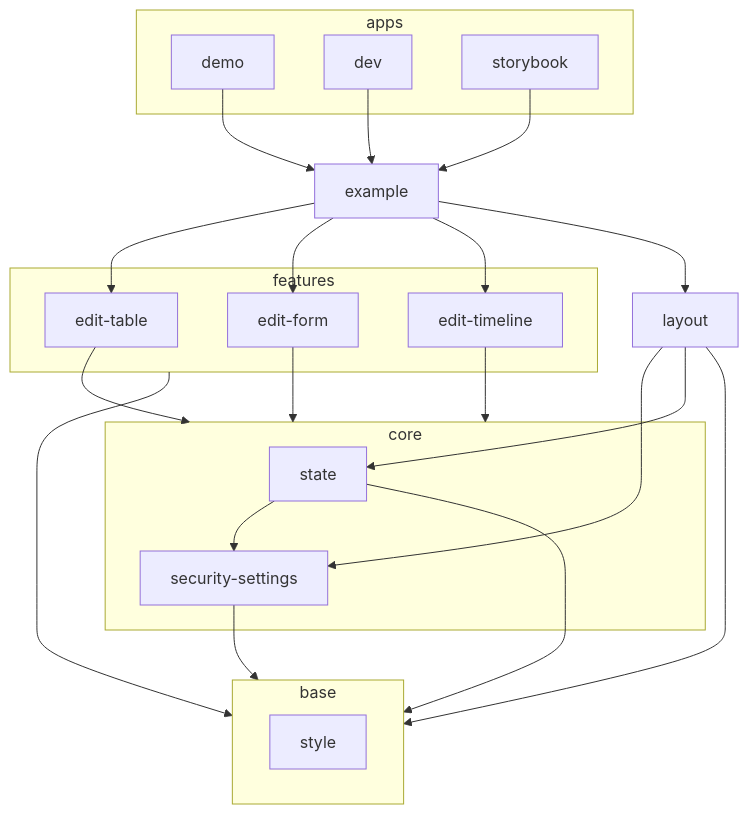
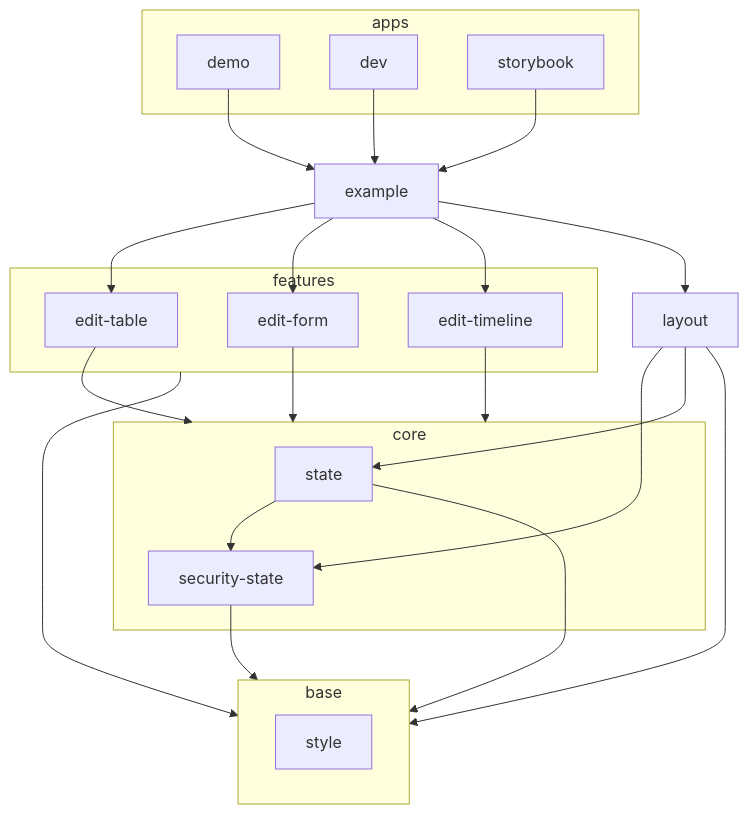
Before and after one commit to FormsWizard/processing: the diagram in README.md, drawn with Mermaid. The commit also changed other lines of this file and 37 other files, not shown here.

````diff
--- a/README.md
+++ b/README.md
@@ -16,44 +16,44 @@
 ```mermaid
 flowchart TB
   subgraph apps
   demo
   dev
   storybook
   end
   
   subgraph features
   edit-table
   edit-form
   edit-timeline
   end
   
   subgraph core
-  state --> security-settings
+  state --> security-state
   end
 
   subgraph base
   style_[style]
   end
 
   edit-table --> core
   edit-form --> core
   edit-timeline --> core
   features --> base
 
   demo --> example
   dev --> example
   storybook --> example
 
   example --> edit-table
   example --> edit-form
   example --> edit-timeline
   
   example --> layout
 
-  security-settings --> base
+  security-state --> base
   state --> base
   
-  layout --> security-settings
+  layout --> security-state
   layout --> state
   layout --> base
 ```
````
